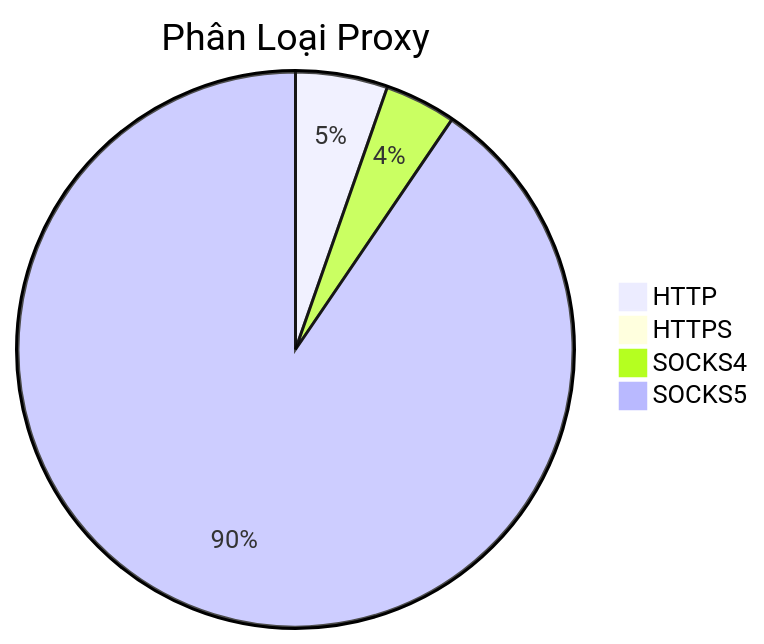
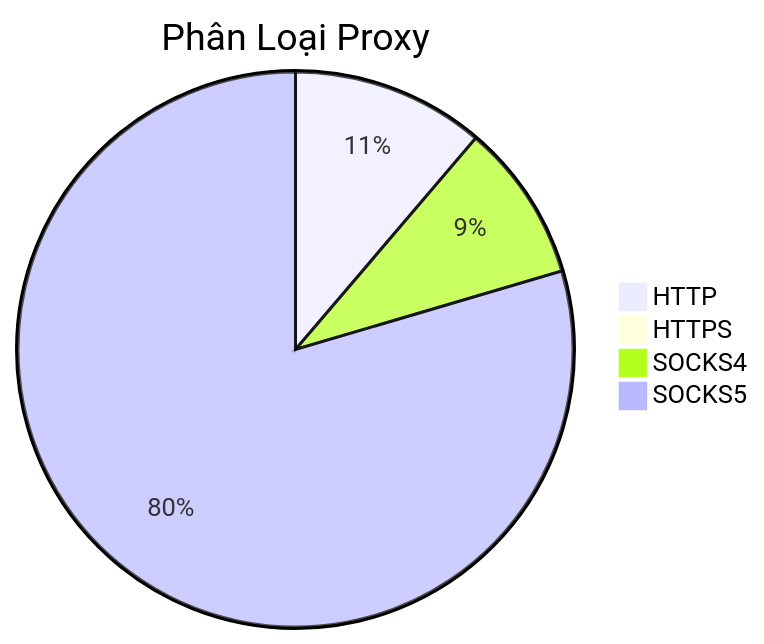
The diagram in README.md (Ciara-Aa/PROXY-free), drawn with Mermaid before and after one commit. The commit also changed other lines of this file and 4 other files, not shown here.

````diff
--- a/README.md
+++ b/README.md
@@ -26,7 +26,7 @@
 ```mermaid
 pie title Phân Loại Proxy
-    "HTTP" : 481
-    "HTTPS" : 2
-    "SOCKS4" : 372
-    "SOCKS5" : 8120
+    "HTTP" : 508
+    "HTTPS" : 1
+    "SOCKS4" : 416
+    "SOCKS5" : 3597
 ```
````
